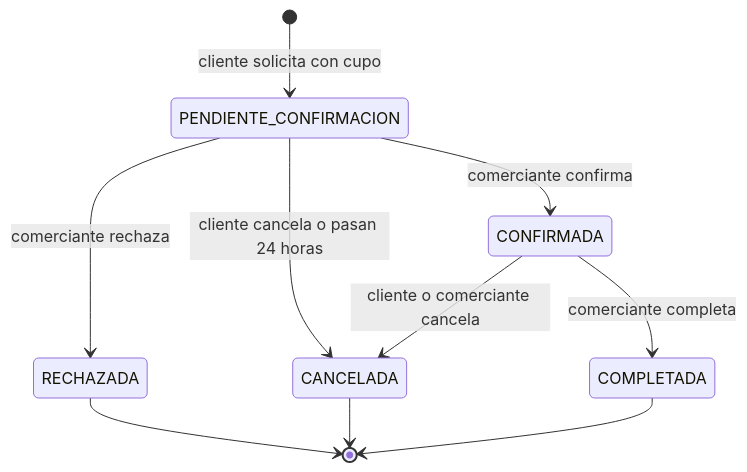
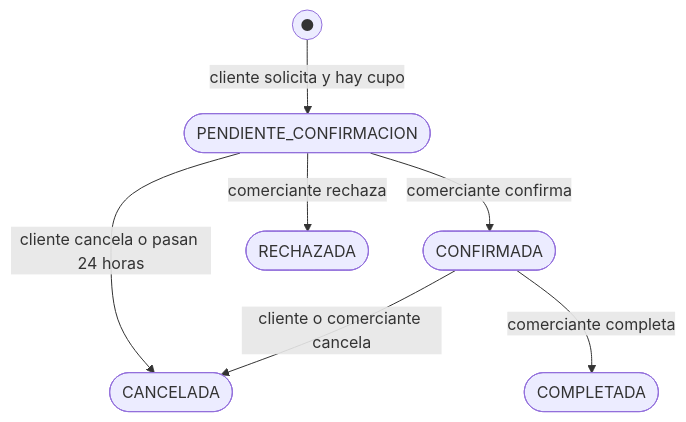
Before and after one commit to DavidPosso882/Trina: the eighth of 16 diagrams in trina-design.md, drawn with Mermaid. The commit also changed other lines of this file, not shown here.

Commit message:
Diagramas corregidos

````diff
--- a/trina-design.md
+++ b/trina-design.md
@@ -551,12 +554,9 @@
 ```mermaid
-stateDiagram-v2
-  [*] --> PENDIENTE_CONFIRMACION : cliente solicita con cupo
-  PENDIENTE_CONFIRMACION --> CONFIRMADA : comerciante confirma
-  PENDIENTE_CONFIRMACION --> RECHAZADA : comerciante rechaza
-  PENDIENTE_CONFIRMACION --> CANCELADA : cliente cancela o pasan 24 horas
-  CONFIRMADA --> CANCELADA : cliente o comerciante cancela
-  CONFIRMADA --> COMPLETADA : comerciante completa
-  RECHAZADA --> [*]
-  CANCELADA --> [*]
-  COMPLETADA --> [*]
+flowchart TD
+  INI(("●")) -->|"cliente solicita y hay cupo"| PC(["PENDIENTE_CONFIRMACION"])
+  PC -->|"comerciante confirma"| CONF(["CONFIRMADA"])
+  PC -->|"comerciante rechaza"| RECH(["RECHAZADA"])
+  PC -->|"cliente cancela o pasan 24 horas"| CANC(["CANCELADA"])
+  CONF -->|"cliente o comerciante cancela"| CANC
+  CONF -->|"comerciante completa"| COMP(["COMPLETADA"])
 ```
````
